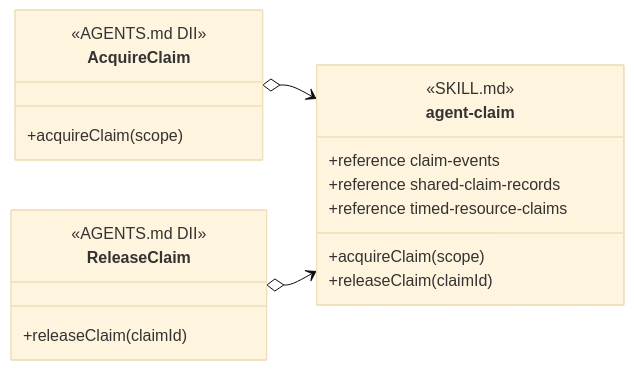
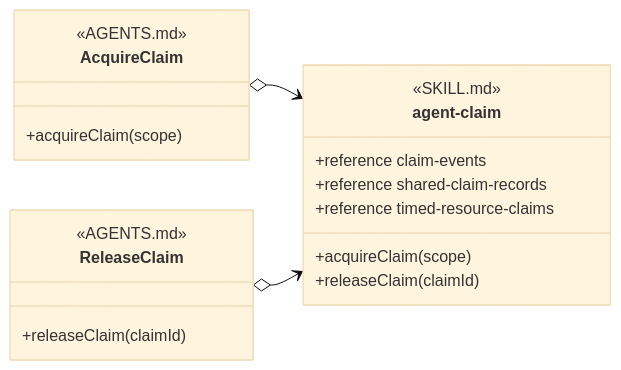
The eighth of 11 diagrams in design/object-oriented-agent-and-skill-model.md (martinbechard/dev-methodology), drawn with Mermaid (base theme) before and after one commit. The commit also changed other lines of this file and 2 other files, not shown here.

Commit message:
Simplify AGENTS.md diagram prototypes

````diff
--- a/design/object-oriented-agent-and-skill-model.md
+++ b/design/object-oriented-agent-and-skill-model.md
@@ -477,26 +477,26 @@
 ```mermaid
 classDiagram
     direction LR
 
     class AcquireClaim {
-        <<AGENTS.md DII>>
+        <<AGENTS.md>>
         +acquireClaim(scope)
     }
 
     class ReleaseClaim {
-        <<AGENTS.md DII>>
+        <<AGENTS.md>>
         +releaseClaim(claimId)
     }
 
     class agent-claim {
         <<SKILL.md>>
         +acquireClaim(scope)
         +releaseClaim(claimId)
         +reference claim-events
         +reference shared-claim-records
         +reference timed-resource-claims
     }
 
     AcquireClaim o--> agent-claim
     ReleaseClaim o--> agent-claim
 ```
````
